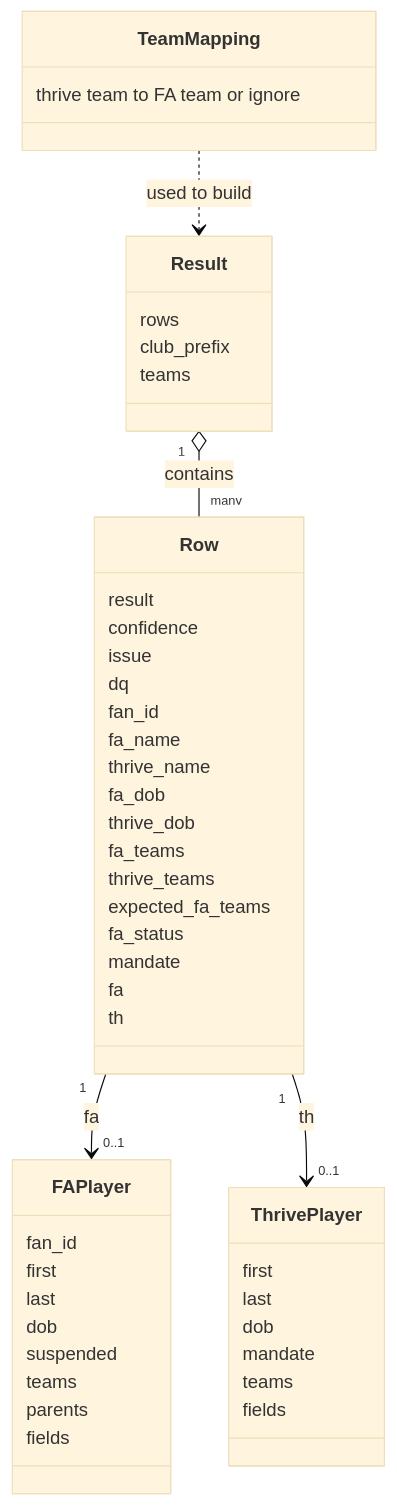
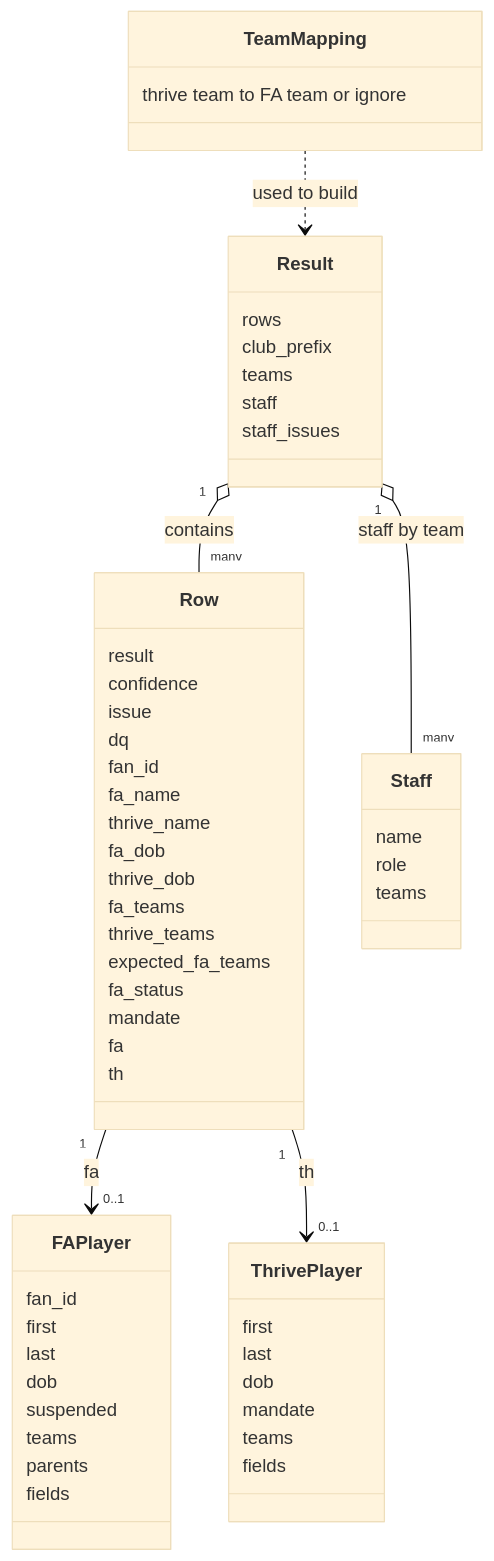
Before and after one commit to markbac/thriveplayerrecon: the diagram in docs/architecture/data-model.md, drawn with Mermaid (base theme). The commit also changed other lines of this file and 9 other files, not shown here.

````diff
--- a/docs/architecture/data-model.md
+++ b/docs/architecture/data-model.md
@@ -5,52 +5,60 @@
 ```mermaid
 classDiagram
   class FAPlayer {
     fan_id
     first
     last
     dob
     suspended
     teams
     parents
     fields
   }
   class ThrivePlayer {
     first
     last
     dob
     mandate
     teams
     fields
   }
   class Row {
     result
     confidence
     issue
     dq
     fan_id
     fa_name
     thrive_name
     fa_dob
     thrive_dob
     fa_teams
     thrive_teams
     expected_fa_teams
     fa_status
     mandate
     fa
     th
   }
   class Result {
     rows
     club_prefix
     teams
+    staff
+    staff_issues
+  }
+  class Staff {
+    name
+    role
+    teams
   }
   class TeamMapping {
     thrive team to FA team or ignore
   }
 
   Result "1" o-- "many" Row : contains
   Row "1" --> "0..1" FAPlayer : fa
   Row "1" --> "0..1" ThrivePlayer : th
+  Result "1" o-- "many" Staff : staff by team
   TeamMapping ..> Result : used to build
 ```
````
